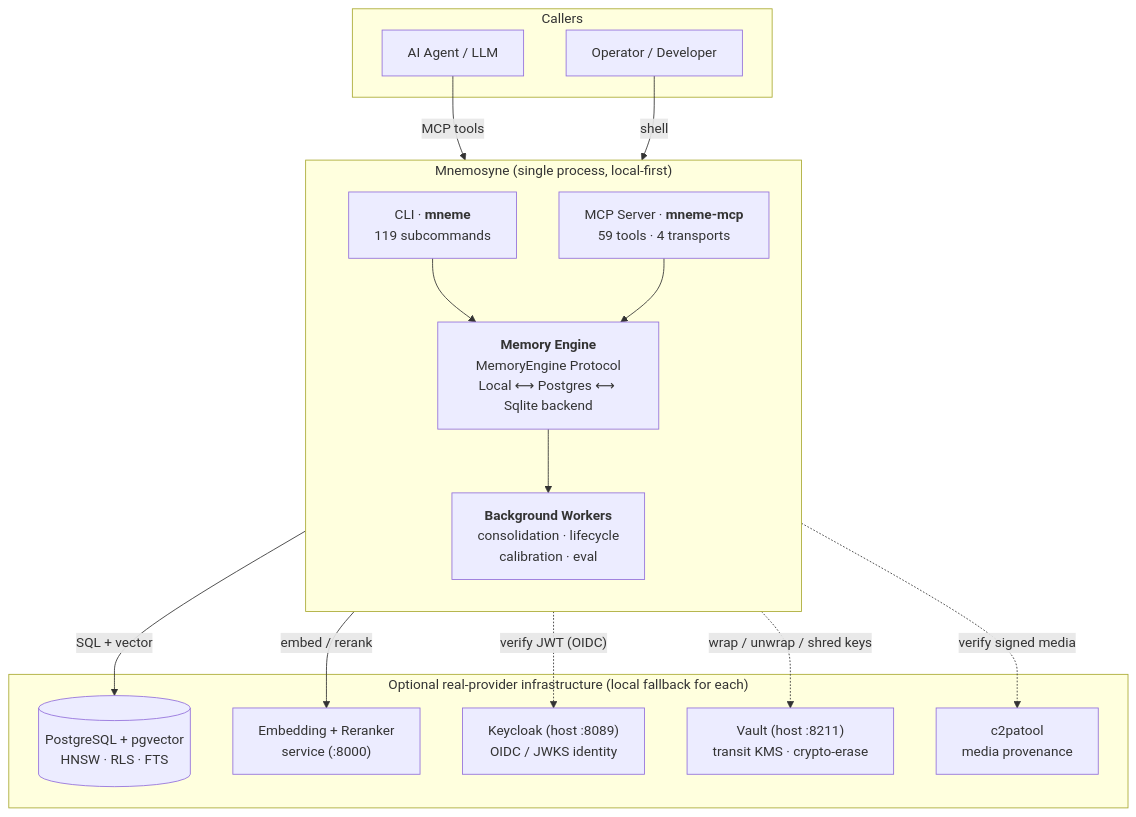
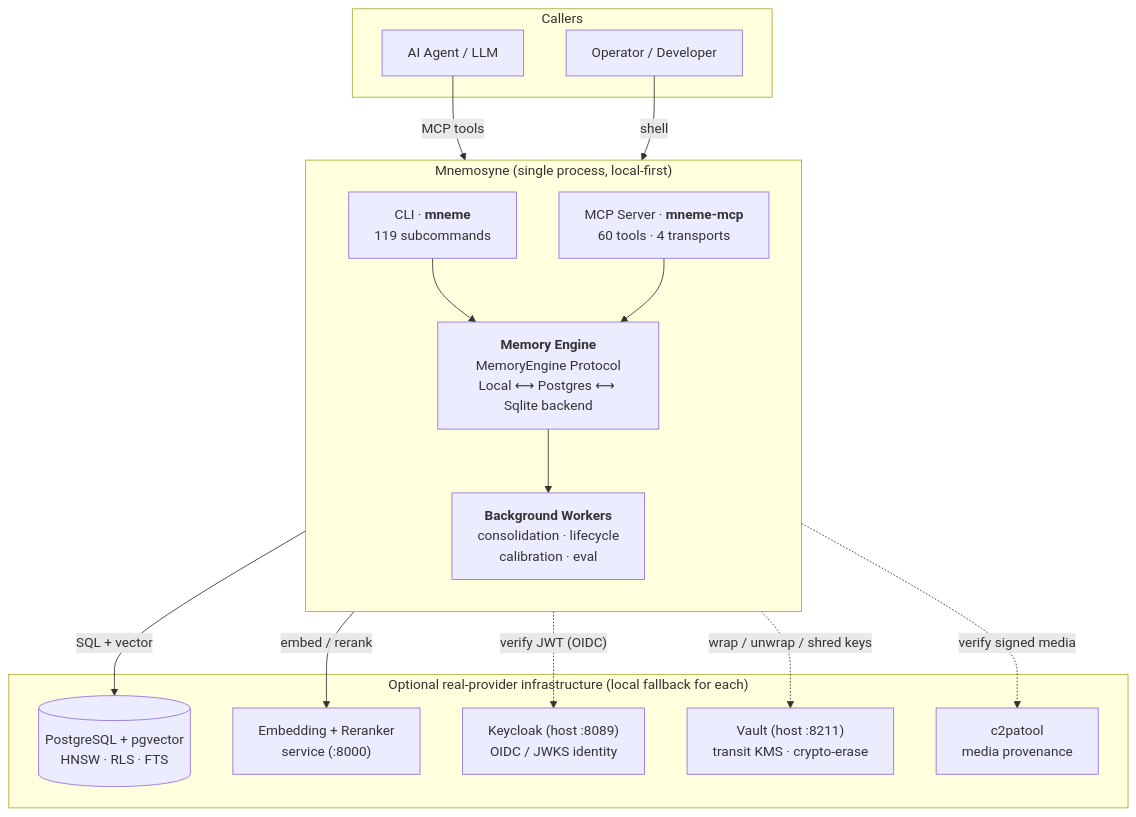
The first of 8 diagrams in docs/ARCHITECTURE-OVERVIEW.md (onfire7777/Mnemosyne), drawn with Mermaid before and after one commit. The commit also changed other lines of this file and 9 other files, not shown here.

````diff
--- a/docs/ARCHITECTURE-OVERVIEW.md
+++ b/docs/ARCHITECTURE-OVERVIEW.md
@@ -31,34 +31,34 @@
 ```mermaid
 flowchart TB
     subgraph clients["Callers"]
         AGENT["AI Agent / LLM"]
         HUMAN["Operator / Developer"]
     end
 
     subgraph mneme["Mnemosyne (single process, local-first)"]
         direction TB
         CLI["CLI · <b>mneme</b><br/>119 subcommands"]
-        MCP["MCP Server · <b>mneme-mcp</b><br/>59 tools · 4 transports"]
+        MCP["MCP Server · <b>mneme-mcp</b><br/>60 tools · 4 transports"]
         ENGINE["<b>Memory Engine</b><br/>MemoryEngine Protocol<br/>Local ⟷ Postgres ⟷ Sqlite backend"]
         WORK["<b>Background Workers</b><br/>consolidation · lifecycle<br/>calibration · eval"]
         CLI --> ENGINE
         MCP --> ENGINE
         ENGINE --> WORK
     end
 
     subgraph infra["Optional real-provider infrastructure (local fallback for each)"]
         PG[("PostgreSQL + pgvector<br/>HNSW · RLS · FTS")]
         EMB["Embedding + Reranker<br/>service (:8000)"]
         KC["Keycloak (host :8089)<br/>OIDC / JWKS identity"]
         VAULT["Vault (host :8211)<br/>transit KMS · crypto-erase"]
         C2PA["c2patool<br/>media provenance"]
     end
 
     AGENT -->|"MCP tools"| MCP
     HUMAN -->|"shell"| CLI
     ENGINE -->|"SQL + vector"| PG
     ENGINE -->|"embed / rerank"| EMB
     ENGINE -. "verify JWT (OIDC)" .-> KC
     ENGINE -. "wrap / unwrap / shred keys" .-> VAULT
     ENGINE -. "verify signed media" .-> C2PA
 ```
````
